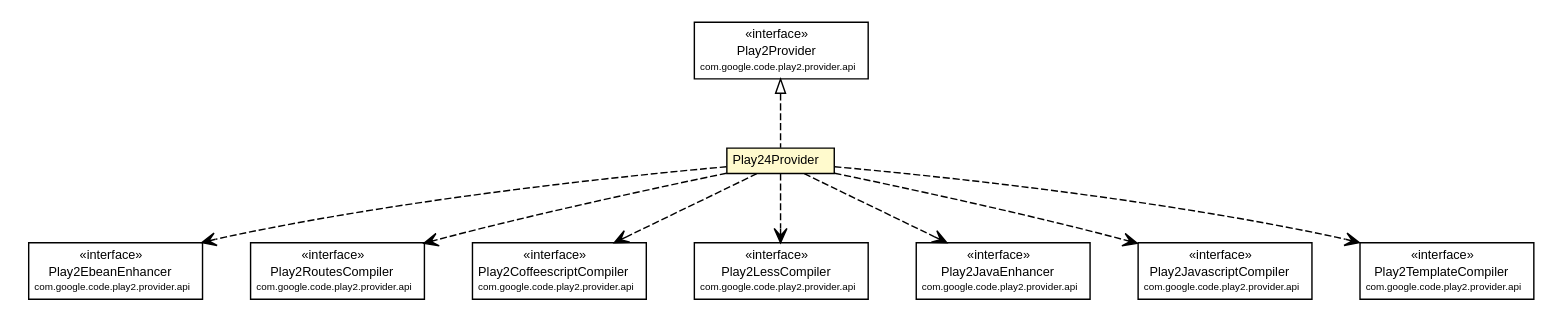
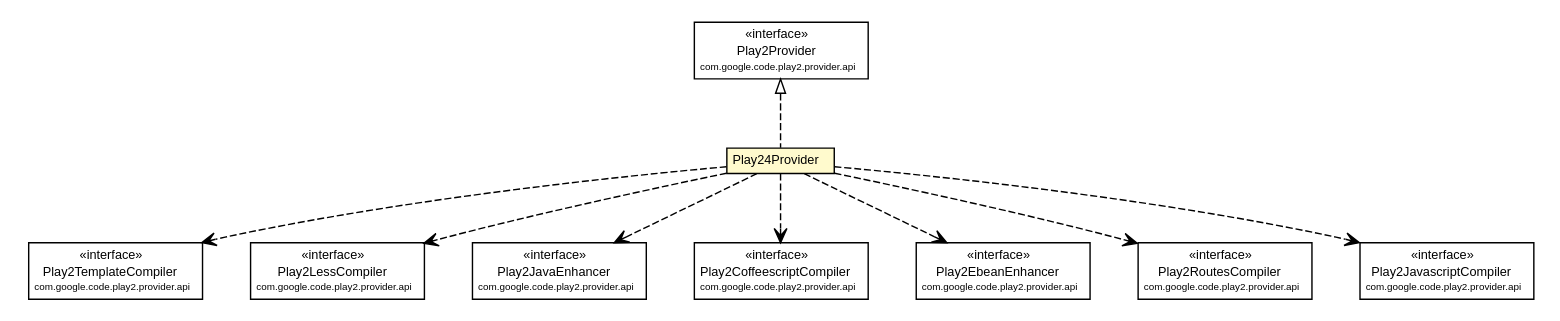
Before and after one commit to wouterhardeman/play2-maven-plugin: the diagram in mavensite/1.0.0-beta1/play2-providers/play2-provider-play24/apidocs/com/google/code/play2/provider/play24/Play24Provider.dot, drawn with Graphviz. The commit also changed 581 other files, not shown here.

```diff
--- a/mavensite/1.0.0-beta1/play2-providers/play2-provider-play24/apidocs/com/google/code/play2/provider/play24/Play24Provider.dot
+++ b/mavensite/1.0.0-beta1/play2-providers/play2-provider-play24/apidocs/com/google/code/play2/provider/play24/Play24Provider.dot
@@ -17,82 +17,82 @@
 		</table>>, URL="./Play24Provider.html", fontname="arial", fontcolor="black", fontsize=9.0];
 	//com.google.code.play2.provider.play24.Play24Provider implements com.google.code.play2.provider.api.Play2Provider
 	c187:p -> c178:p [dir=back,arrowtail=empty,style=dashed];
+	// com.google.code.play2.provider.play24.Play24Provider DEPEND com.google.code.play2.provider.api.Play2TemplateCompiler
+	c178:p -> c188:p [taillabel="", label="", headlabel="", fontname="arial", fontcolor="black", fontsize=10.0, color="black", arrowhead=open, style=dashed];
+	// com.google.code.play2.provider.play24.Play24Provider DEPEND com.google.code.play2.provider.api.Play2LessCompiler
+	c178:p -> c189:p [taillabel="", label="", headlabel="", fontname="arial", fontcolor="black", fontsize=10.0, color="black", arrowhead=open, style=dashed];
+	// com.google.code.play2.provider.play24.Play24Provider DEPEND com.google.code.play2.provider.api.Play2JavaEnhancer
+	c178:p -> c190:p [taillabel="", label="", headlabel="", fontname="arial", fontcolor="black", fontsize=10.0, color="black", arrowhead=open, style=dashed];
+	// com.google.code.play2.provider.play24.Play24Provider DEPEND com.google.code.play2.provider.api.Play2CoffeescriptCompiler
+	c178:p -> c191:p [taillabel="", label="", headlabel="", fontname="arial", fontcolor="black", fontsize=10.0, color="black", arrowhead=open, style=dashed];
 	// com.google.code.play2.provider.play24.Play24Provider DEPEND com.google.code.play2.provider.api.Play2EbeanEnhancer
-	c178:p -> c188:p [taillabel="", label="", headlabel="", fontname="arial", fontcolor="black", fontsize=10.0, color="black", arrowhead=open, style=dashed];
+	c178:p -> c192:p [taillabel="", label="", headlabel="", fontname="arial", fontcolor="black", fontsize=10.0, color="black", arrowhead=open, style=dashed];
 	// com.google.code.play2.provider.play24.Play24Provider DEPEND com.google.code.play2.provider.api.Play2RoutesCompiler
-	c178:p -> c189:p [taillabel="", label="", headlabel="", fontname="arial", fontcolor="black", fontsize=10.0, color="black", arrowhead=open, style=dashed];
-	// com.google.code.play2.provider.play24.Play24Provider DEPEND com.google.code.play2.provider.api.Play2CoffeescriptCompiler
-	c178:p -> c190:p [taillabel="", label="", headlabel="", fontname="arial", fontcolor="black", fontsize=10.0, color="black", arrowhead=open, style=dashed];
-	// com.google.code.play2.provider.play24.Play24Provider DEPEND com.google.code.play2.provider.api.Play2LessCompiler
-	c178:p -> c191:p [taillabel="", label="", headlabel="", fontname="arial", fontcolor="black", fontsize=10.0, color="black", arrowhead=open, style=dashed];
-	// com.google.code.play2.provider.play24.Play24Provider DEPEND com.google.code.play2.provider.api.Play2JavaEnhancer
-	c178:p -> c192:p [taillabel="", label="", headlabel="", fontname="arial", fontcolor="black", fontsize=10.0, color="black", arrowhead=open, style=dashed];
+	c178:p -> c193:p [taillabel="", label="", headlabel="", fontname="arial", fontcolor="black", fontsize=10.0, color="black", arrowhead=open, style=dashed];
 	// com.google.code.play2.provider.play24.Play24Provider DEPEND com.google.code.play2.provider.api.Play2JavascriptCompiler
-	c178:p -> c193:p [taillabel="", label="", headlabel="", fontname="arial", fontcolor="black", fontsize=10.0, color="black", arrowhead=open, style=dashed];
-	// com.google.code.play2.provider.play24.Play24Provider DEPEND com.google.code.play2.provider.api.Play2TemplateCompiler
 	c178:p -> c194:p [taillabel="", label="", headlabel="", fontname="arial", fontcolor="black", fontsize=10.0, color="black", arrowhead=open, style=dashed];
+	// com.google.code.play2.provider.api.Play2LessCompiler
+	c189 [label=<<table title="com.google.code.play2.provider.api.Play2LessCompiler" border="0" cellborder="1" cellspacing="0" cellpadding="2" port="p" href="https://play2-maven-plugin.googlecode.com/svn/mavensite/1.0.0-beta1/play2-provider-api/apidocs/com/google/code/play2/provider/api/Play2LessCompiler.html">
+		<tr><td><table border="0" cellspacing="0" cellpadding="1">
+<tr><td align="center" balign="center"> &#171;interface&#187; </td></tr>
+<tr><td align="center" balign="center"> Play2LessCompiler </td></tr>
+<tr><td align="center" balign="center"><font point-size="7.0"> com.google.code.play2.provider.api </font></td></tr>
+		</table></td></tr>
+		</table>>, URL="https://play2-maven-plugin.googlecode.com/svn/mavensite/1.0.0-beta1/play2-provider-api/apidocs/com/google/code/play2/provider/api/Play2LessCompiler.html", fontname="arial", fontcolor="black", fontsize=9.0];
 	// com.google.code.play2.provider.api.Play2EbeanEnhancer
-	c188 [label=<<table title="com.google.code.play2.provider.api.Play2EbeanEnhancer" border="0" cellborder="1" cellspacing="0" cellpadding="2" port="p" href="https://play2-maven-plugin.googlecode.com/svn/mavensite/1.0.0-beta1-SNAPSHOT/play2-provider-api/apidocs/com/google/code/play2/provider/api/Play2EbeanEnhancer.html">
+	c192 [label=<<table title="com.google.code.play2.provider.api.Play2EbeanEnhancer" border="0" cellborder="1" cellspacing="0" cellpadding="2" port="p" href="https://play2-maven-plugin.googlecode.com/svn/mavensite/1.0.0-beta1/play2-provider-api/apidocs/com/google/code/play2/provider/api/Play2EbeanEnhancer.html">
 		<tr><td><table border="0" cellspacing="0" cellpadding="1">
 <tr><td align="center" balign="center"> &#171;interface&#187; </td></tr>
 <tr><td align="center" balign="center"> Play2EbeanEnhancer </td></tr>
 <tr><td align="center" balign="center"><font point-size="7.0"> com.google.code.play2.provider.api </font></td></tr>
 		</table></td></tr>
-		</table>>, URL="https://play2-maven-plugin.googlecode.com/svn/mavensite/1.0.0-beta1-SNAPSHOT/play2-provider-api/apidocs/com/google/code/play2/provider/api/Play2EbeanEnhancer.html", fontname="arial", fontcolor="black", fontsize=9.0];
-	// com.google.code.play2.provider.api.Play2LessCompiler
-	c191 [label=<<table title="com.google.code.play2.provider.api.Play2LessCompiler" border="0" cellborder="1" cellspacing="0" cellpadding="2" port="p" href="https://play2-maven-plugin.googlecode.com/svn/mavensite/1.0.0-beta1-SNAPSHOT/play2-provider-api/apidocs/com/google/code/play2/provider/api/Play2LessCompiler.html">
-		<tr><td><table border="0" cellspacing="0" cellpadding="1">
-<tr><td align="center" balign="center"> &#171;interface&#187; </td></tr>
-<tr><td align="center" balign="center"> Play2LessCompiler </td></tr>
-<tr><td align="center" balign="center"><font point-size="7.0"> com.google.code.play2.provider.api </font></td></tr>
-		</table></td></tr>
-		</table>>, URL="https://play2-maven-plugin.googlecode.com/svn/mavensite/1.0.0-beta1-SNAPSHOT/play2-provider-api/apidocs/com/google/code/play2/provider/api/Play2LessCompiler.html", fontname="arial", fontcolor="black", fontsize=9.0];
+		</table>>, URL="https://play2-maven-plugin.googlecode.com/svn/mavensite/1.0.0-beta1/play2-provider-api/apidocs/com/google/code/play2/provider/api/Play2EbeanEnhancer.html", fontname="arial", fontcolor="black", fontsize=9.0];
 	// com.google.code.play2.provider.api.Play2CoffeescriptCompiler
-	c190 [label=<<table title="com.google.code.play2.provider.api.Play2CoffeescriptCompiler" border="0" cellborder="1" cellspacing="0" cellpadding="2" port="p" href="https://play2-maven-plugin.googlecode.com/svn/mavensite/1.0.0-beta1-SNAPSHOT/play2-provider-api/apidocs/com/google/code/play2/provider/api/Play2CoffeescriptCompiler.html">
+	c191 [label=<<table title="com.google.code.play2.provider.api.Play2CoffeescriptCompiler" border="0" cellborder="1" cellspacing="0" cellpadding="2" port="p" href="https://play2-maven-plugin.googlecode.com/svn/mavensite/1.0.0-beta1/play2-provider-api/apidocs/com/google/code/play2/provider/api/Play2CoffeescriptCompiler.html">
 		<tr><td><table border="0" cellspacing="0" cellpadding="1">
 <tr><td align="center" balign="center"> &#171;interface&#187; </td></tr>
 <tr><td align="center" balign="center"> Play2CoffeescriptCompiler </td></tr>
 <tr><td align="center" balign="center"><font point-size="7.0"> com.google.code.play2.provider.api </font></td></tr>
 		</table></td></tr>
-		</table>>, URL="https://play2-maven-plugin.googlecode.com/svn/mavensite/1.0.0-beta1-SNAPSHOT/play2-provider-api/apidocs/com/google/code/play2/provider/api/Play2CoffeescriptCompiler.html", fontname="arial", fontcolor="black", fontsize=9.0];
+		</table>>, URL="https://play2-maven-plugin.googlecode.com/svn/mavensite/1.0.0-beta1/play2-provider-api/apidocs/com/google/code/play2/provider/api/Play2CoffeescriptCompiler.html", fontname="arial", fontcolor="black", fontsize=9.0];
 	// com.google.code.play2.provider.api.Play2JavaEnhancer
-	c192 [label=<<table title="com.google.code.play2.provider.api.Play2JavaEnhancer" border="0" cellborder="1" cellspacing="0" cellpadding="2" port="p" href="https://play2-maven-plugin.googlecode.com/svn/mavensite/1.0.0-beta1-SNAPSHOT/play2-provider-api/apidocs/com/google/code/play2/provider/api/Play2JavaEnhancer.html">
+	c190 [label=<<table title="com.google.code.play2.provider.api.Play2JavaEnhancer" border="0" cellborder="1" cellspacing="0" cellpadding="2" port="p" href="https://play2-maven-plugin.googlecode.com/svn/mavensite/1.0.0-beta1/play2-provider-api/apidocs/com/google/code/play2/provider/api/Play2JavaEnhancer.html">
 		<tr><td><table border="0" cellspacing="0" cellpadding="1">
 <tr><td align="center" balign="center"> &#171;interface&#187; </td></tr>
 <tr><td align="center" balign="center"> Play2JavaEnhancer </td></tr>
 <tr><td align="center" balign="center"><font point-size="7.0"> com.google.code.play2.provider.api </font></td></tr>
 		</table></td></tr>
-		</table>>, URL="https://play2-maven-plugin.googlecode.com/svn/mavensite/1.0.0-beta1-SNAPSHOT/play2-provider-api/apidocs/com/google/code/play2/provider/api/Play2JavaEnhancer.html", fontname="arial", fontcolor="black", fontsize=9.0];
+		</table>>, URL="https://play2-maven-plugin.googlecode.com/svn/mavensite/1.0.0-beta1/play2-provider-api/apidocs/com/google/code/play2/provider/api/Play2JavaEnhancer.html", fontname="arial", fontcolor="black", fontsize=9.0];
 	// com.google.code.play2.provider.api.Play2RoutesCompiler
-	c189 [label=<<table title="com.google.code.play2.provider.api.Play2RoutesCompiler" border="0" cellborder="1" cellspacing="0" cellpadding="2" port="p" href="https://play2-maven-plugin.googlecode.com/svn/mavensite/1.0.0-beta1-SNAPSHOT/play2-provider-api/apidocs/com/google/code/play2/provider/api/Play2RoutesCompiler.html">
+	c193 [label=<<table title="com.google.code.play2.provider.api.Play2RoutesCompiler" border="0" cellborder="1" cellspacing="0" cellpadding="2" port="p" href="https://play2-maven-plugin.googlecode.com/svn/mavensite/1.0.0-beta1/play2-provider-api/apidocs/com/google/code/play2/provider/api/Play2RoutesCompiler.html">
 		<tr><td><table border="0" cellspacing="0" cellpadding="1">
 <tr><td align="center" balign="center"> &#171;interface&#187; </td></tr>
 <tr><td align="center" balign="center"> Play2RoutesCompiler </td></tr>
 <tr><td align="center" balign="center"><font point-size="7.0"> com.google.code.play2.provider.api </font></td></tr>
 		</table></td></tr>
-		</table>>, URL="https://play2-maven-plugin.googlecode.com/svn/mavensite/1.0.0-beta1-SNAPSHOT/play2-provider-api/apidocs/com/google/code/play2/provider/api/Play2RoutesCompiler.html", fontname="arial", fontcolor="black", fontsize=9.0];
+		</table>>, URL="https://play2-maven-plugin.googlecode.com/svn/mavensite/1.0.0-beta1/play2-provider-api/apidocs/com/google/code/play2/provider/api/Play2RoutesCompiler.html", fontname="arial", fontcolor="black", fontsize=9.0];
 	// com.google.code.play2.provider.api.Play2JavascriptCompiler
-	c193 [label=<<table title="com.google.code.play2.provider.api.Play2JavascriptCompiler" border="0" cellborder="1" cellspacing="0" cellpadding="2" port="p" href="https://play2-maven-plugin.googlecode.com/svn/mavensite/1.0.0-beta1-SNAPSHOT/play2-provider-api/apidocs/com/google/code/play2/provider/api/Play2JavascriptCompiler.html">
+	c194 [label=<<table title="com.google.code.play2.provider.api.Play2JavascriptCompiler" border="0" cellborder="1" cellspacing="0" cellpadding="2" port="p" href="https://play2-maven-plugin.googlecode.com/svn/mavensite/1.0.0-beta1/play2-provider-api/apidocs/com/google/code/play2/provider/api/Play2JavascriptCompiler.html">
 		<tr><td><table border="0" cellspacing="0" cellpadding="1">
 <tr><td align="center" balign="center"> &#171;interface&#187; </td></tr>
 <tr><td align="center" balign="center"> Play2JavascriptCompiler </td></tr>
 <tr><td align="center" balign="center"><font point-size="7.0"> com.google.code.play2.provider.api </font></td></tr>
 		</table></td></tr>
-		</table>>, URL="https://play2-maven-plugin.googlecode.com/svn/mavensite/1.0.0-beta1-SNAPSHOT/play2-provider-api/apidocs/com/google/code/play2/provider/api/Play2JavascriptCompiler.html", fontname="arial", fontcolor="black", fontsize=9.0];
+		</table>>, URL="https://play2-maven-plugin.googlecode.com/svn/mavensite/1.0.0-beta1/play2-provider-api/apidocs/com/google/code/play2/provider/api/Play2JavascriptCompiler.html", fontname="arial", fontcolor="black", fontsize=9.0];
 	// com.google.code.play2.provider.api.Play2Provider
-	c187 [label=<<table title="com.google.code.play2.provider.api.Play2Provider" border="0" cellborder="1" cellspacing="0" cellpadding="2" port="p" href="https://play2-maven-plugin.googlecode.com/svn/mavensite/1.0.0-beta1-SNAPSHOT/play2-provider-api/apidocs/com/google/code/play2/provider/api/Play2Provider.html">
+	c187 [label=<<table title="com.google.code.play2.provider.api.Play2Provider" border="0" cellborder="1" cellspacing="0" cellpadding="2" port="p" href="https://play2-maven-plugin.googlecode.com/svn/mavensite/1.0.0-beta1/play2-provider-api/apidocs/com/google/code/play2/provider/api/Play2Provider.html">
 		<tr><td><table border="0" cellspacing="0" cellpadding="1">
 <tr><td align="center" balign="center"> &#171;interface&#187; </td></tr>
 <tr><td align="center" balign="center"> Play2Provider </td></tr>
 <tr><td align="center" balign="center"><font point-size="7.0"> com.google.code.play2.provider.api </font></td></tr>
 		</table></td></tr>
-		</table>>, URL="https://play2-maven-plugin.googlecode.com/svn/mavensite/1.0.0-beta1-SNAPSHOT/play2-provider-api/apidocs/com/google/code/play2/provider/api/Play2Provider.html", fontname="arial", fontcolor="black", fontsize=9.0];
+		</table>>, URL="https://play2-maven-plugin.googlecode.com/svn/mavensite/1.0.0-beta1/play2-provider-api/apidocs/com/google/code/play2/provider/api/Play2Provider.html", fontname="arial", fontcolor="black", fontsize=9.0];
 	// com.google.code.play2.provider.api.Play2TemplateCompiler
-	c194 [label=<<table title="com.google.code.play2.provider.api.Play2TemplateCompiler" border="0" cellborder="1" cellspacing="0" cellpadding="2" port="p" href="https://play2-maven-plugin.googlecode.com/svn/mavensite/1.0.0-beta1-SNAPSHOT/play2-provider-api/apidocs/com/google/code/play2/provider/api/Play2TemplateCompiler.html">
+	c188 [label=<<table title="com.google.code.play2.provider.api.Play2TemplateCompiler" border="0" cellborder="1" cellspacing="0" cellpadding="2" port="p" href="https://play2-maven-plugin.googlecode.com/svn/mavensite/1.0.0-beta1/play2-provider-api/apidocs/com/google/code/play2/provider/api/Play2TemplateCompiler.html">
 		<tr><td><table border="0" cellspacing="0" cellpadding="1">
 <tr><td align="center" balign="center"> &#171;interface&#187; </td></tr>
 <tr><td align="center" balign="center"> Play2TemplateCompiler </td></tr>
 <tr><td align="center" balign="center"><font point-size="7.0"> com.google.code.play2.provider.api </font></td></tr>
 		</table></td></tr>
-		</table>>, URL="https://play2-maven-plugin.googlecode.com/svn/mavensite/1.0.0-beta1-SNAPSHOT/play2-provider-api/apidocs/com/google/code/play2/provider/api/Play2TemplateCompiler.html", fontname="arial", fontcolor="black", fontsize=9.0];
+		</table>>, URL="https://play2-maven-plugin.googlecode.com/svn/mavensite/1.0.0-beta1/play2-provider-api/apidocs/com/google/code/play2/provider/api/Play2TemplateCompiler.html", fontname="arial", fontcolor="black", fontsize=9.0];
 }
```
